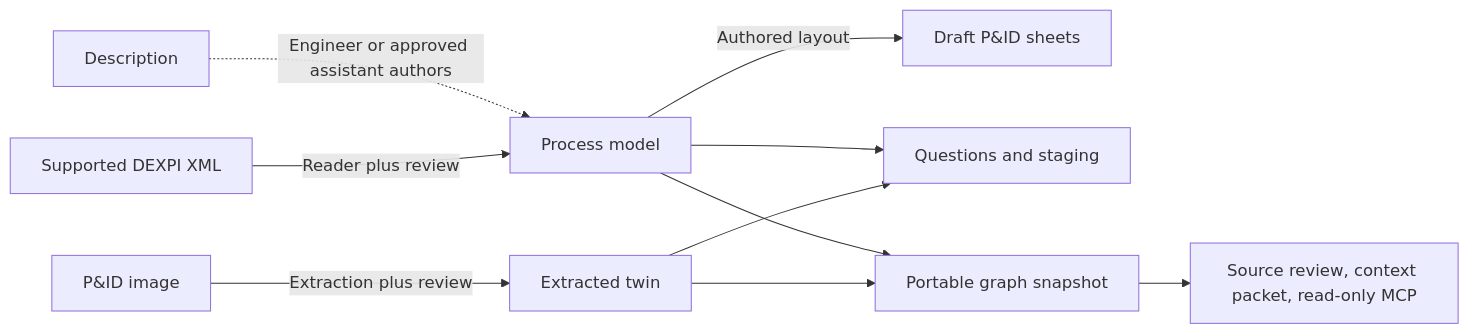
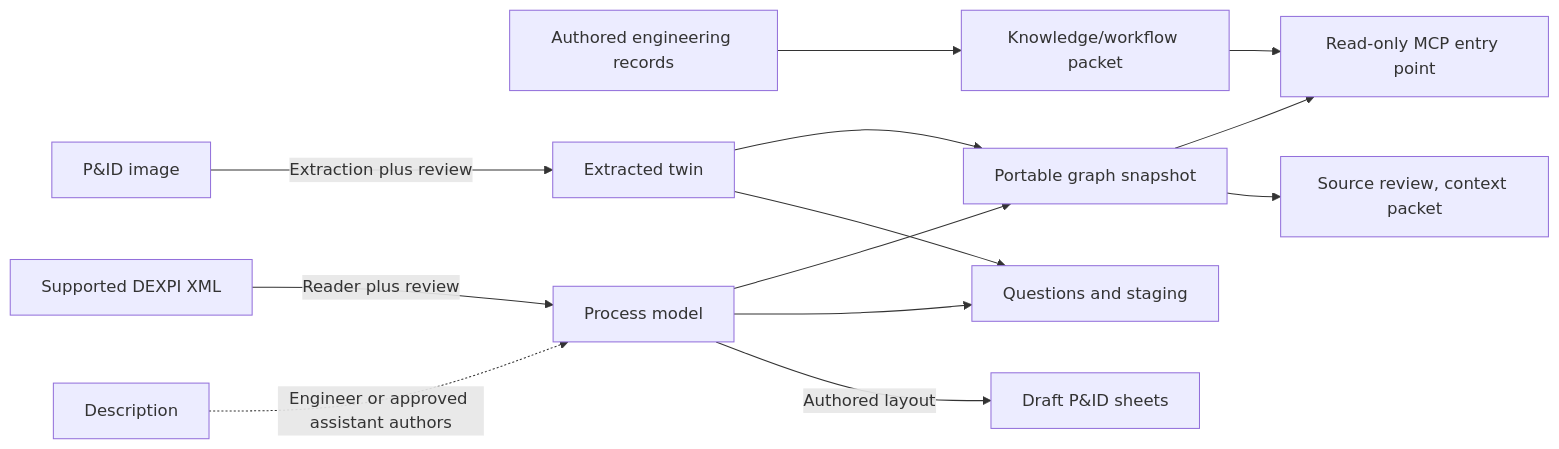
One commit to steve-vitale/engineering-context-toolkit changed the diagram in docs/WORKFLOWS.md. Above: the diagram before and after it, drawn with Mermaid. The commit also changed other lines of this file and 64 other files, not shown here.

Commit message:
Add engineering onboarding packets and read-only MCP access

````diff
--- a/docs/WORKFLOWS.md
+++ b/docs/WORKFLOWS.md
@@ -23,12 +29,15 @@
 ```mermaid
 flowchart LR
+    A[Authored engineering records] --> K[Knowledge/workflow packet]
+    K --> M[Read-only MCP entry point]
     D[Description] -.->|Engineer or approved assistant authors| P[Process model]
     I[P&ID image] -->|Extraction plus review| T[Extracted twin]
     X[Supported DEXPI XML] -->|Reader plus review| P
     P -->|Authored layout| S[Draft P&ID sheets]
     P --> Q[Questions and staging]
     T --> Q
     P --> G[Portable graph snapshot]
     T --> G
-    G --> R[Source review, context packet, read-only MCP]
+    G --> R[Source review, context packet]
+    G --> M
 ```
````
